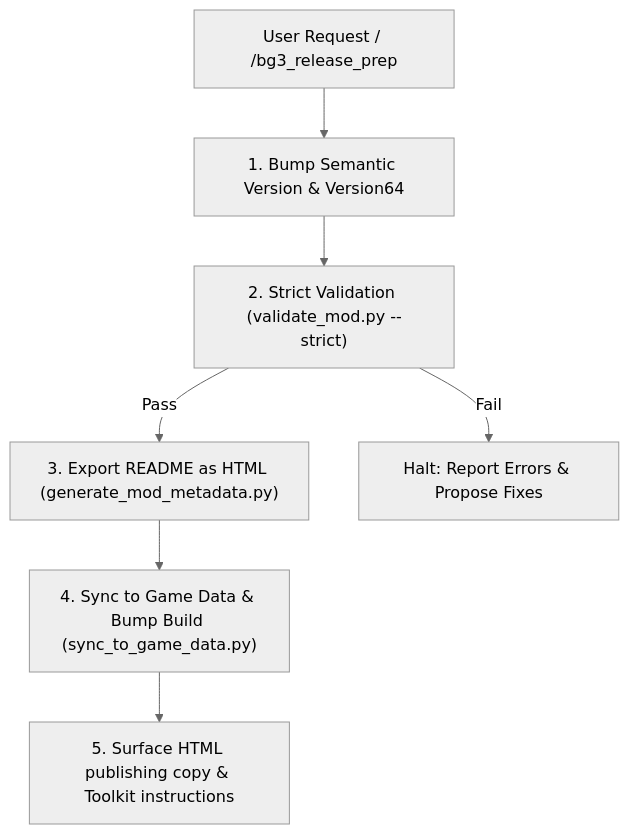
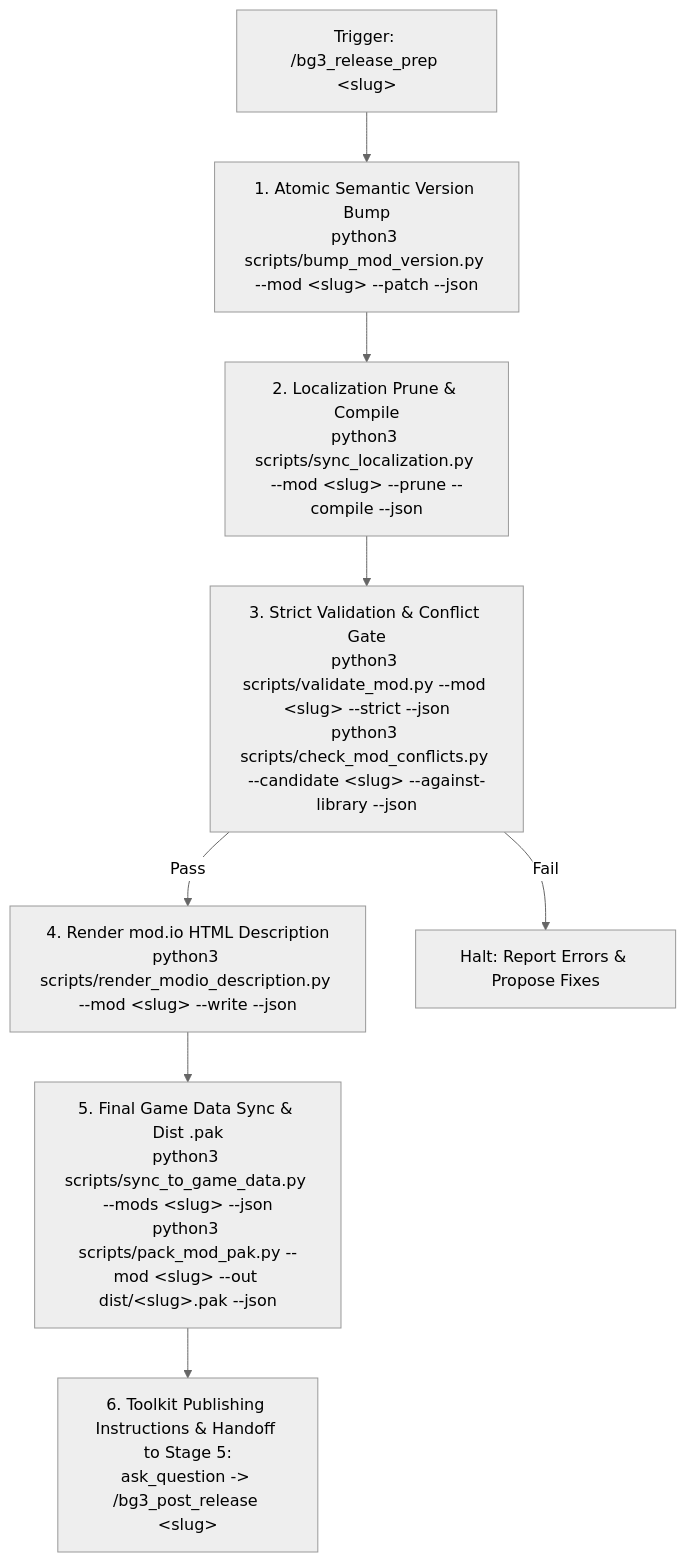
The diagram in .agents/skills/bg3_release_prep/SKILL.md (jpelton-stroud/bg3-mod-studio), drawn with Mermaid (neutral theme) before and after one commit. The commit also changed other lines of this file and 51 other files, not shown here.

First line of the commit message:
refactor(scripts): streamline mod lifecycle tooling and agent skills (#23)

````diff
--- a/.agents/skills/bg3_release_prep/SKILL.md
+++ b/.agents/skills/bg3_release_prep/SKILL.md
@@ -25,9 +27,18 @@
 ```mermaid
 flowchart TD
-    Trigger["User Request / /bg3_release_prep"] --> Step1["1. Bump Semantic Version & Version64"]
-    Step1 --> Step2["2. Strict Validation (validate_mod.py --strict)"]
-    Step2 -->|Pass| Step3["3. Export README as HTML (generate_mod_metadata.py)"]
-    Step2 -->|Fail| Halt["Halt: Report Errors & Propose Fixes"]
-    Step3 --> Step4["4. Sync to Game Data & Bump Build (sync_to_game_data.py)"]
-    Step4 --> Step5["5. Surface HTML publishing copy & Toolkit instructions"]
+    Trigger["Trigger: /bg3_release_prep &lt;slug&gt;"] --> Step1["1. Atomic Semantic Version Bump
+python3 scripts/bump_mod_version.py --mod &lt;slug&gt; --patch --json"]
+    Step1 --> Step2["2. Localization Prune & Compile
+python3 scripts/sync_localization.py --mod &lt;slug&gt; --prune --compile --json"]
+    Step2 --> Step3["3. Strict Validation & Conflict Gate
+python3 scripts/validate_mod.py --mod &lt;slug&gt; --strict --json
+python3 scripts/check_mod_conflicts.py --candidate &lt;slug&gt; --against-library --json"]
+    Step3 -->|Pass| Step4["4. Render mod.io HTML Description
+python3 scripts/render_modio_description.py --mod &lt;slug&gt; --write --json"]
+    Step3 -->|Fail| Halt["Halt: Report Errors & Propose Fixes"]
+    Step4 --> Step5["5. Final Game Data Sync & Dist .pak
+python3 scripts/sync_to_game_data.py --mods &lt;slug&gt; --json
+python3 scripts/pack_mod_pak.py --mod &lt;slug&gt; --out dist/&lt;slug&gt;.pak --json"]
+    Step5 --> Step6["6. Toolkit Publishing Instructions & Handoff to Stage 5:
+ask_question -> /bg3_post_release &lt;slug&gt;"]
 ```
````
